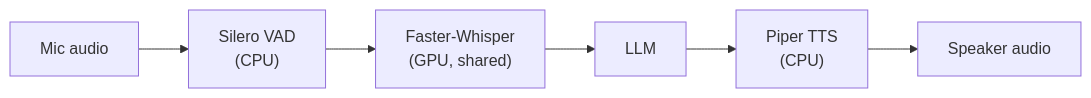
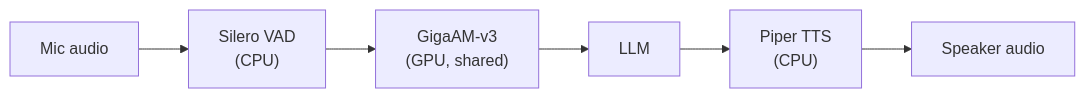
Before and after one commit to gofrolist/project-800ms: the second of 2 diagrams in README.md, drawn with Mermaid. The commit also changed other lines of this file and 17 other files, not shown here.

````diff
--- a/README.md
+++ b/README.md
@@ -30,8 +30,8 @@
 ```mermaid
 graph LR
     Mic["Mic audio"] --> VAD["Silero VAD<br/>(CPU)"]
-    VAD --> STT["Faster-Whisper<br/>(GPU, shared)"]
+    VAD --> STT["GigaAM-v3<br/>(GPU, shared)"]
     STT --> LLM["LLM"]
     LLM --> TTS["Piper TTS<br/>(CPU)"]
     TTS --> Speaker["Speaker audio"]
 ```
````
